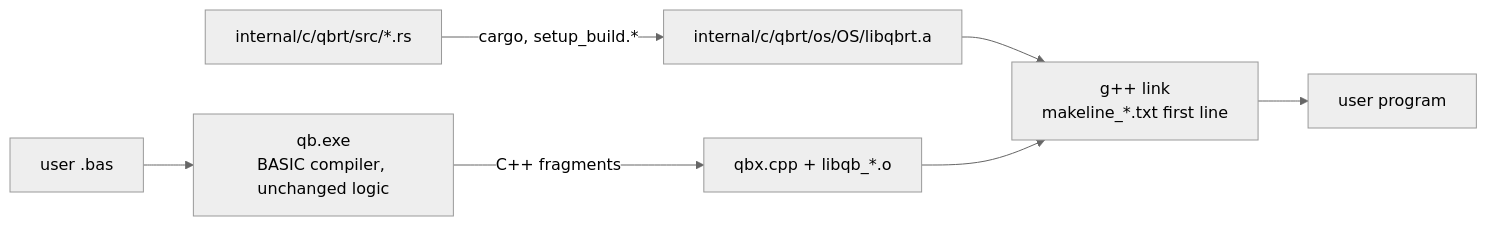
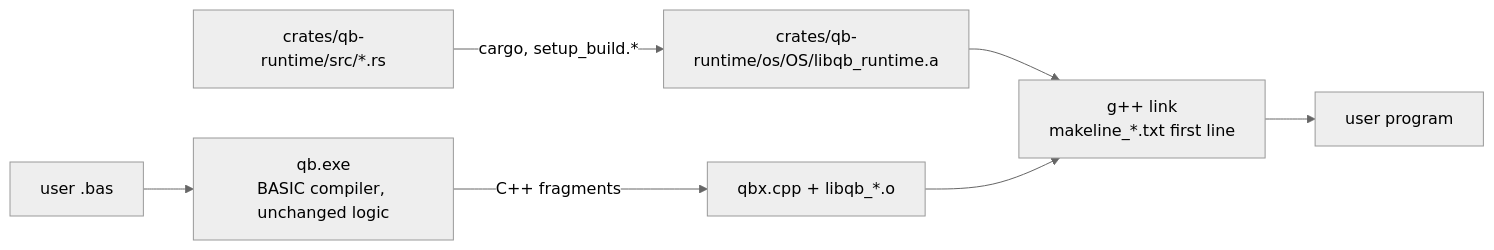
Before and after one commit to thirawat27/QBNex: the diagram in docs/rust-port/progress.md, drawn with Mermaid (neutral theme). The commit also changed other lines of this file and 735 other files, not shown here.

First line of the commit message:
chore(build): reorganize source tree and consolidate Rust crates

````diff
--- a/docs/rust-port/progress.md
+++ b/docs/rust-port/progress.md
@@ -196,8 +196,8 @@
 ```mermaid
 flowchart LR
   bas[user .bas] --> qb[qb.exe<br/>BASIC compiler, unchanged logic]
   qb -->|C++ fragments| qbx[qbx.cpp + libqb_*.o]
-  qbrtsrc[internal/c/qbrt/src/*.rs] -->|cargo, setup_build.*| a[internal/c/qbrt/os/OS/libqbrt.a]
+  runtimesrc[crates/qb-runtime/src/*.rs] -->|cargo, setup_build.*| a[crates/qb-runtime/os/OS/libqb_runtime.a]
   a --> link[g++ link<br/>makeline_*.txt first line]
   qbx --> link --> exe[user program]
 ```
````
